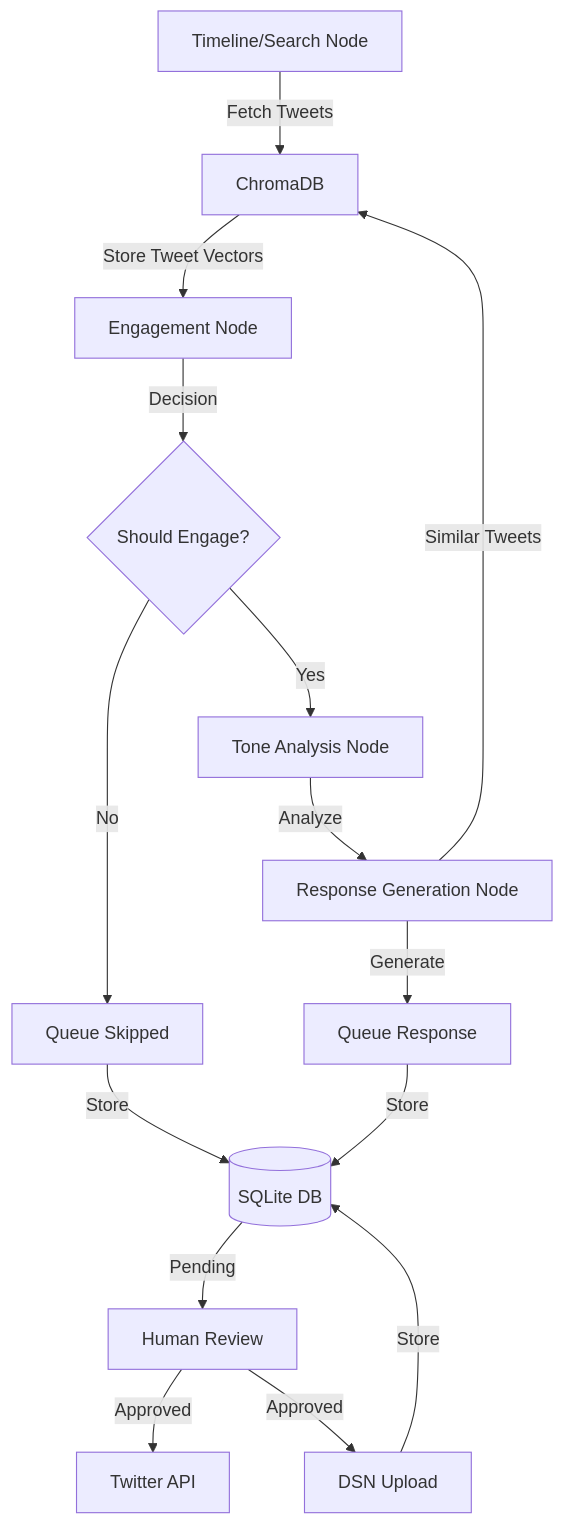
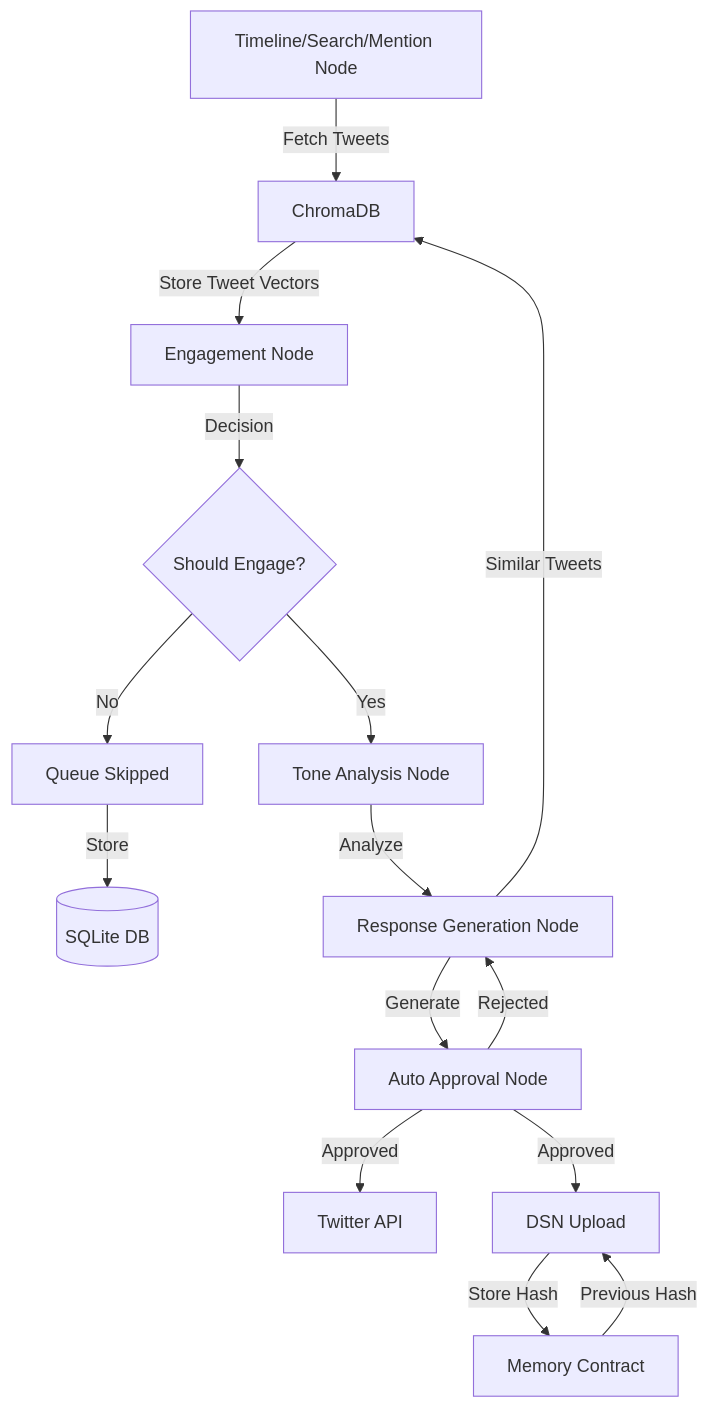
One commit to autonomys/autonomys-agents changed the diagram in auto-kol/agent/README.md. Above: the diagram before and after it, drawn with Mermaid. The commit also changed other lines of this file and 5 other files, not shown here.

Commit message:
update readme and .env file - remove pending api routes

````diff
--- a/auto-kol/agent/README.md
+++ b/auto-kol/agent/README.md
@@ -82,17 +80,17 @@
 ```mermaid
 graph TD
-    A[Timeline/Search Node] -->|Fetch Tweets| B[ChromaDB]
+    A[Timeline/Search/Mention Node] -->|Fetch Tweets| B[ChromaDB]
     B -->|Store Tweet Vectors| C[Engagement Node]
     C -->|Decision| D{Should Engage?}
     D -->|No| E[Queue Skipped]
     D -->|Yes| F[Tone Analysis Node]
     F -->|Analyze| G[Response Generation Node]
     G -->|Similar Tweets| B
-    G -->|Generate| H[Queue Response]
-    H -->|Store| I[(SQLite DB)]
-    E -->|Store| I
-    I -->|Pending| J[Human Review]
-    J -->|Approved| K[Twitter API]
-    J -->|Approved| L[DSN Upload]
-    L -->|Store| I
+    G -->|Generate| H[Auto Approval Node]
+    H -->|Rejected| G
+    H -->|Approved| K[Twitter API]
+    H -->|Approved| L[DSN Upload]
+    L -->|Store Hash| M[Memory Contract]
+    M -->|Previous Hash| L
+    E -->|Store| I[(SQLite DB)]
 ```
````
